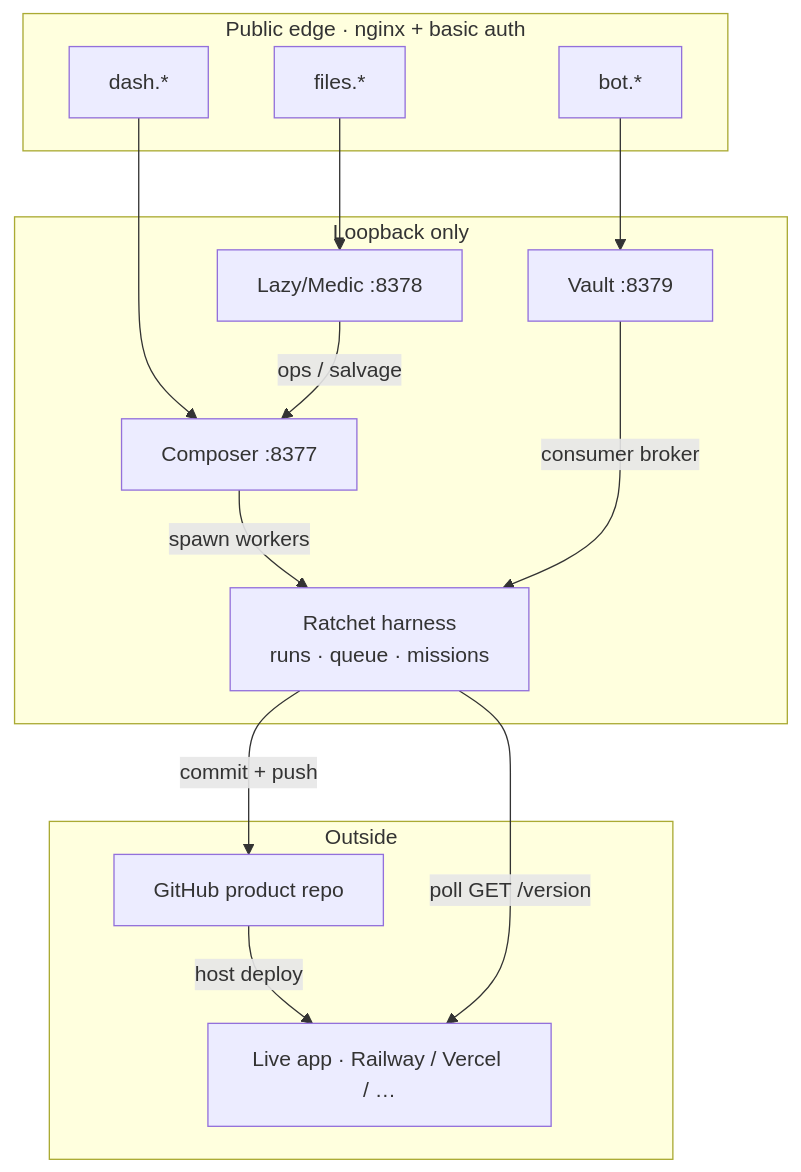
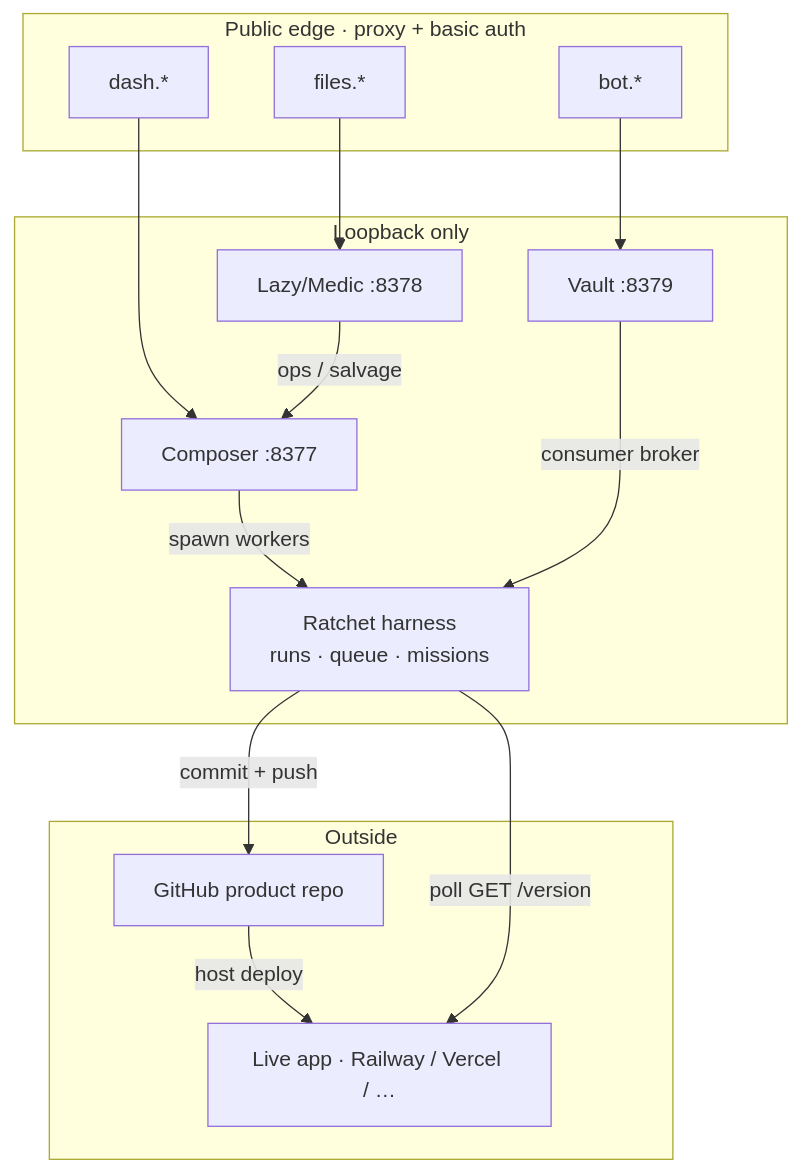
One commit to southu/vygo changed the first of 2 diagrams in apps/web/public/content/vibe-coding/ratchet-guide/architecture.md. Above: the diagram before and after it, drawn with Mermaid. The commit also changed other lines of this file and 42 other files, not shown here.

````diff
--- a/apps/web/public/content/vibe-coding/ratchet-guide/architecture.md
+++ b/apps/web/public/content/vibe-coding/ratchet-guide/architecture.md
@@ -9,30 +9,30 @@
 ```mermaid
 flowchart TB
-  subgraph edge [Public edge · nginx + basic auth]
+  subgraph edge [Public edge · proxy + basic auth]
     DASH[dash.*]
     FILES[files.*]
     BOT[bot.*]
   end
 
   subgraph loopback [Loopback only]
     C[Composer :8377]
     L[Lazy/Medic :8378]
     V[Vault :8379]
     H[Ratchet harness<br/>runs · queue · missions]
   end
 
   subgraph outside [Outside]
     GH[GitHub product repo]
     LIVE[Live app · Railway / Vercel / …]
   end
 
   DASH --> C
   FILES --> L
   BOT --> V
   C -->|spawn workers| H
   L -->|ops / salvage| C
   V -->|consumer broker| H
   H -->|commit + push| GH
   GH -->|host deploy| LIVE
   H -->|poll GET /version| LIVE
 ```
````
